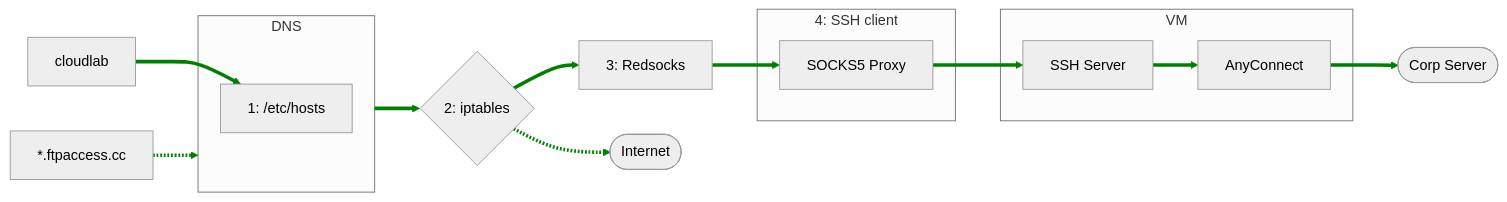
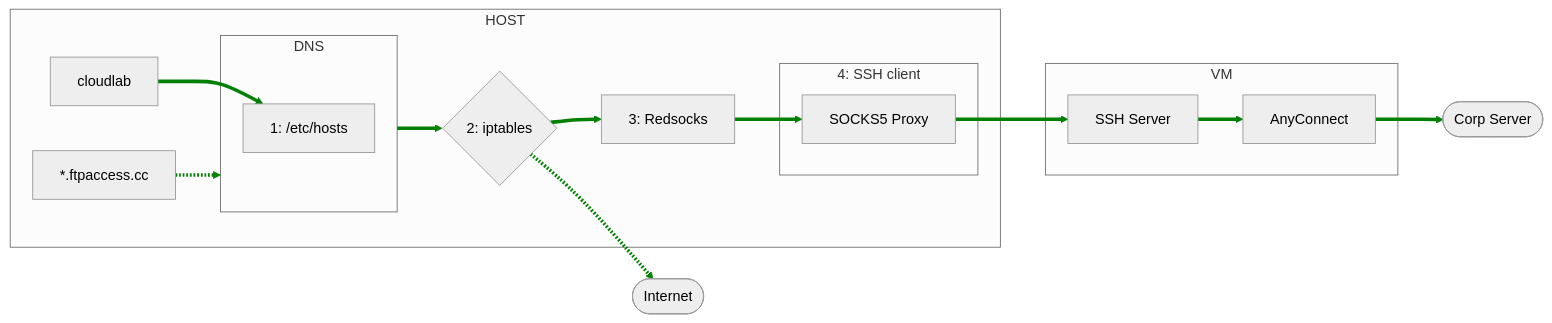
Before and after one commit to kyokley/nix-demo: the first of 2 diagrams in docs/flake.md, drawn with Mermaid.

Commit message:
Create host subgraph in flakes demo

````diff
--- a/docs/flake.md
+++ b/docs/flake.md
@@ -126,35 +126,38 @@
 ```mermaid
 %%{init: {'theme': 'neutral', "flowchart" : { "curve" : "basis" } } }%%
 graph LR
 
-    subgraph DNS
-        ETC_HOSTS["1: /etc/hosts"]
+    subgraph HOST
+        subgraph DNS
+            ETC_HOSTS["1: /etc/hosts"]
+        end
+
+        VPN_REQUEST["cloudlab"]
+        INTERNET_REQUEST["*.ftpaccess.cc"]
+
+        VPN_REQUEST --> ETC_HOSTS
+        INTERNET_REQUEST -.-> DNS
+
+        IP_TABLES{"2: iptables"}
+
+        DNS ==> IP_TABLES
+
+        IP_TABLES --> REDSOCKS["3: Redsocks"]
+
+        subgraph SSH_CLIENT["4: SSH client"]
+            SOCKS["SOCKS5 Proxy"]
+        end
     end
 
-    VPN_REQUEST["cloudlab"]
-    INTERNET_REQUEST["*.ftpaccess.cc"]
-
-    VPN_REQUEST --> ETC_HOSTS
-    INTERNET_REQUEST -.-> DNS
-
-    IP_TABLES{"2: iptables"}
-
-    DNS ==> IP_TABLES
-
-    IP_TABLES --> REDSOCKS["3: Redsocks"]
     subgraph "VM"
         SSH["SSH Server"] --> AnyConnect
-    end
-
-    subgraph SSH_CLIENT["4: SSH client"]
-        SOCKS["SOCKS5 Proxy"]
     end
 
     REDSOCKS --> SOCKS
     SOCKS --> SSH
     AnyConnect --> OVPN(["Corp Server"])
 
     IP_TABLES -.-> INTERNET([Internet])
 
 linkStyle default stroke-width:4px,fill:none,stroke:green;
 ```
````
